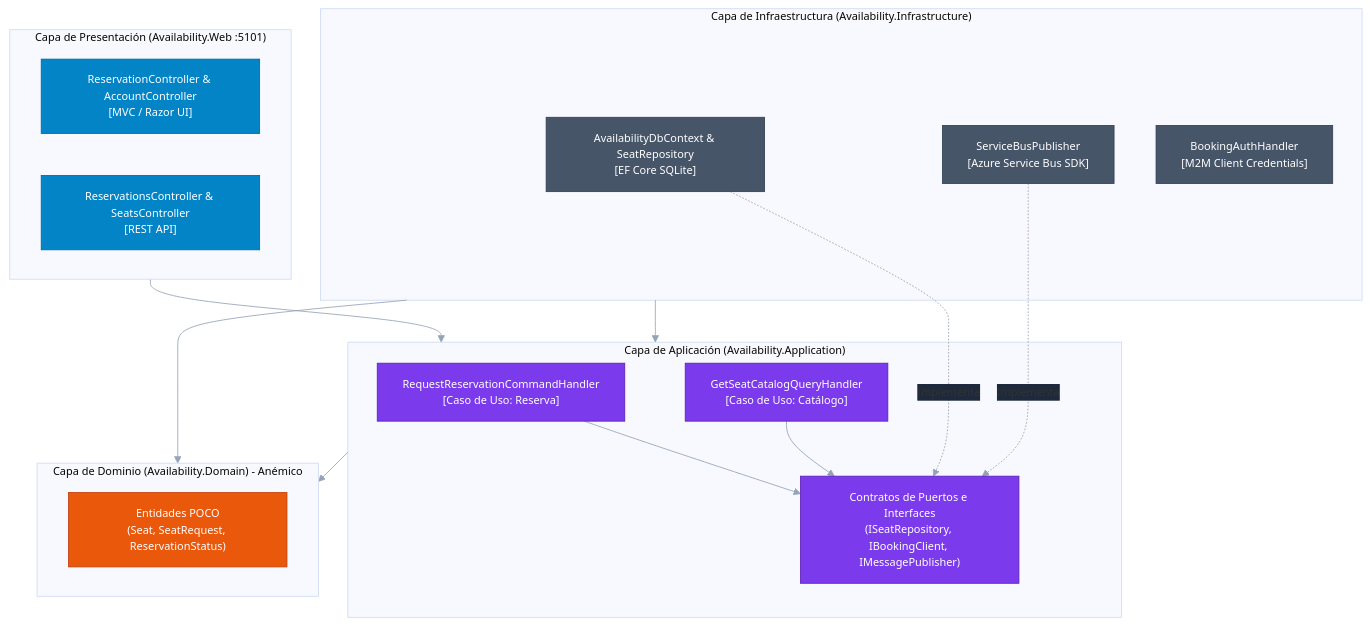
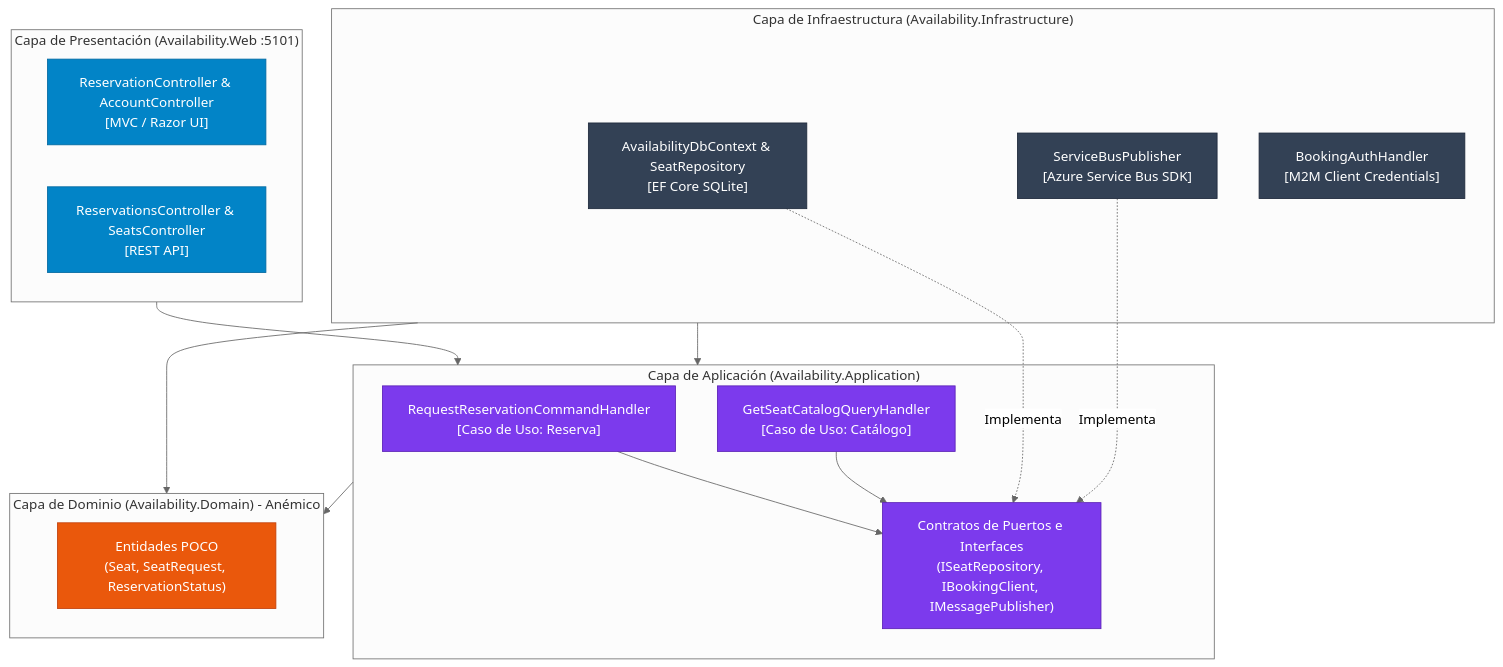
One commit to arza-developer/tp-distribuidos-grupo2-asientos changed the diagram in docs/c4/03_availability_components.md. Above: the diagram before and after it, drawn with Mermaid. The commit also changed 11 other files, not shown here.

Commit message:
docs: corregir contraste neutral mermaid, eliminar inconsistencias y sincronizar e2e

````diff
--- a/docs/c4/03_availability_components.md
+++ b/docs/c4/03_availability_components.md
@@ -11,52 +11,43 @@
 ```mermaid
-%%{init: {
-  'theme': 'base',
-  'themeVariables': {
-    'fontSize': '13px',
-    'fontFamily': 'Segoe UI, Helvetica, sans-serif',
-    'textColor': '#f8fafc',
-    'lineColor': '#94a3b8',
-    'edgeLabelBackground': '#1e293b'
-  }
-}}%%
+%%{init: {'theme': 'neutral'}}%%
 flowchart TD
     subgraph Presentation["Capa de Presentación (Availability.Web :5101)"]
         MvcCtrl["ReservationController & AccountController\n[MVC / Razor UI]"]
         ApiCtrl["ReservationsController & SeatsController\n[REST API]"]
     end
 
     subgraph Application["Capa de Aplicación (Availability.Application)"]
         CmdReq["RequestReservationCommandHandler\n[Caso de Uso: Reserva]"]
         QuerySeats["GetSeatCatalogQueryHandler\n[Caso de Uso: Catálogo]"]
         Ports["Contratos de Puertos e Interfaces\n(ISeatRepository, IBookingClient, IMessagePublisher)"]
         CmdReq --> Ports
         QuerySeats --> Ports
     end
 
     subgraph Domain["Capa de Dominio (Availability.Domain) - Anémico"]
         Entities["Entidades POCO\n(Seat, SeatRequest, ReservationStatus)"]
     end
 
     subgraph Infrastructure["Capa de Infraestructura (Availability.Infrastructure)"]
         EfRepo["AvailabilityDbContext & SeatRepository\n[EF Core SQLite]"]
         BusPub["ServiceBusPublisher\n[Azure Service Bus SDK]"]
         AuthHandler["BookingAuthHandler\n[M2M Client Credentials]"]
     end
 
     Presentation --> Application
     Application --> Domain
     Infrastructure --> Application
     Infrastructure --> Domain
     EfRepo -.->|"Implementa"| Ports
     BusPub -.->|"Implementa"| Ports
 
-    classDef pres fill:#0284c7,stroke:#0369a1,color:#fff;
-    classDef app fill:#7c3aed,stroke:#5b21b6,color:#fff;
-    classDef dom fill:#ea580c,stroke:#c2410c,color:#fff;
-    classDef inf fill:#475569,stroke:#334155,color:#fff;
+    classDef pres fill:#0284c7,stroke:#0369a1,color:#ffffff;
+    classDef app fill:#7c3aed,stroke:#5b21b6,color:#ffffff;
+    classDef dom fill:#ea580c,stroke:#c2410c,color:#ffffff;
+    classDef inf fill:#334155,stroke:#1e293b,color:#ffffff;
 
     class MvcCtrl,ApiCtrl pres;
     class CmdReq,QuerySeats,Ports app;
     class Entities dom;
     class EfRepo,BusPub,AuthHandler inf;
 ```
````
